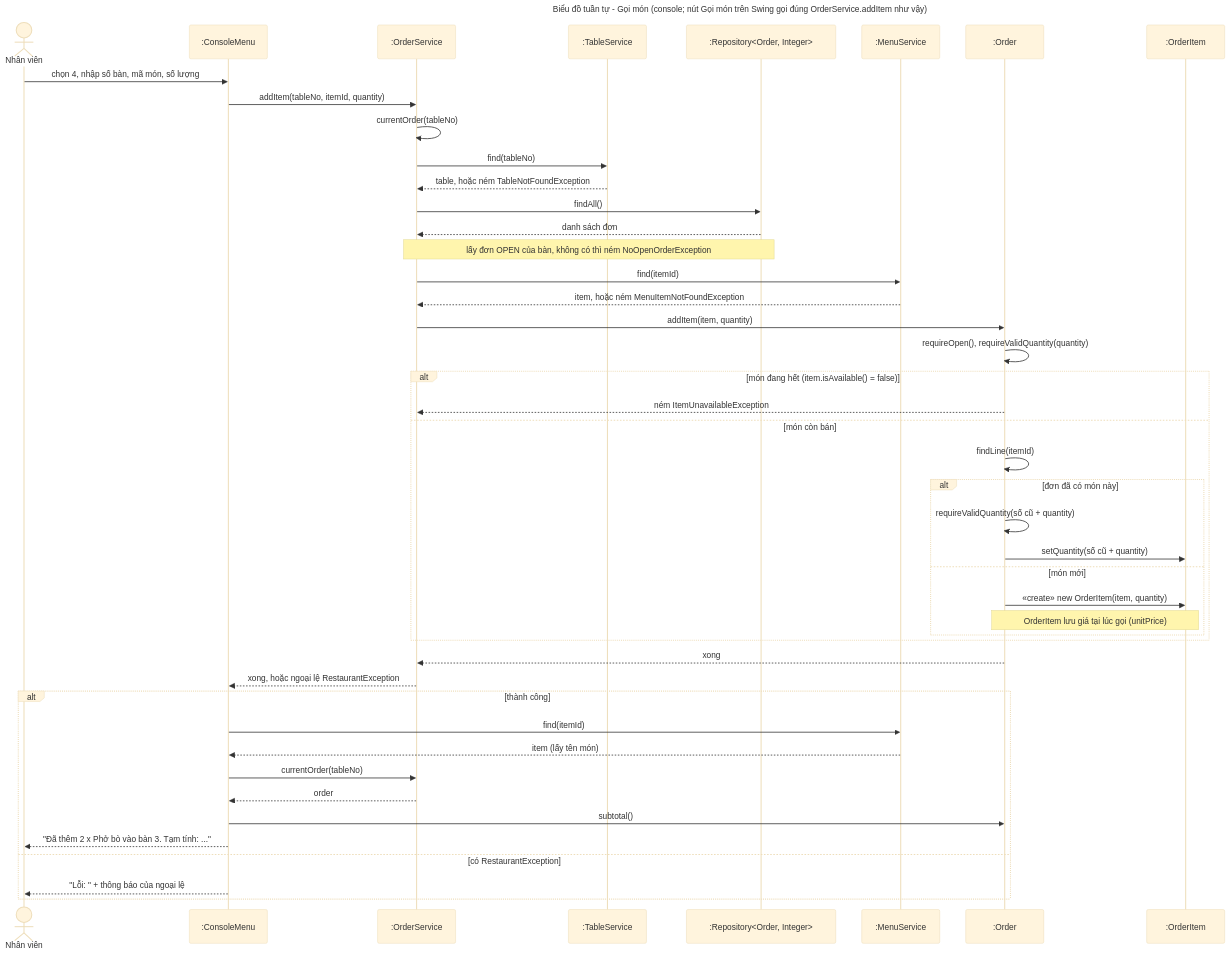
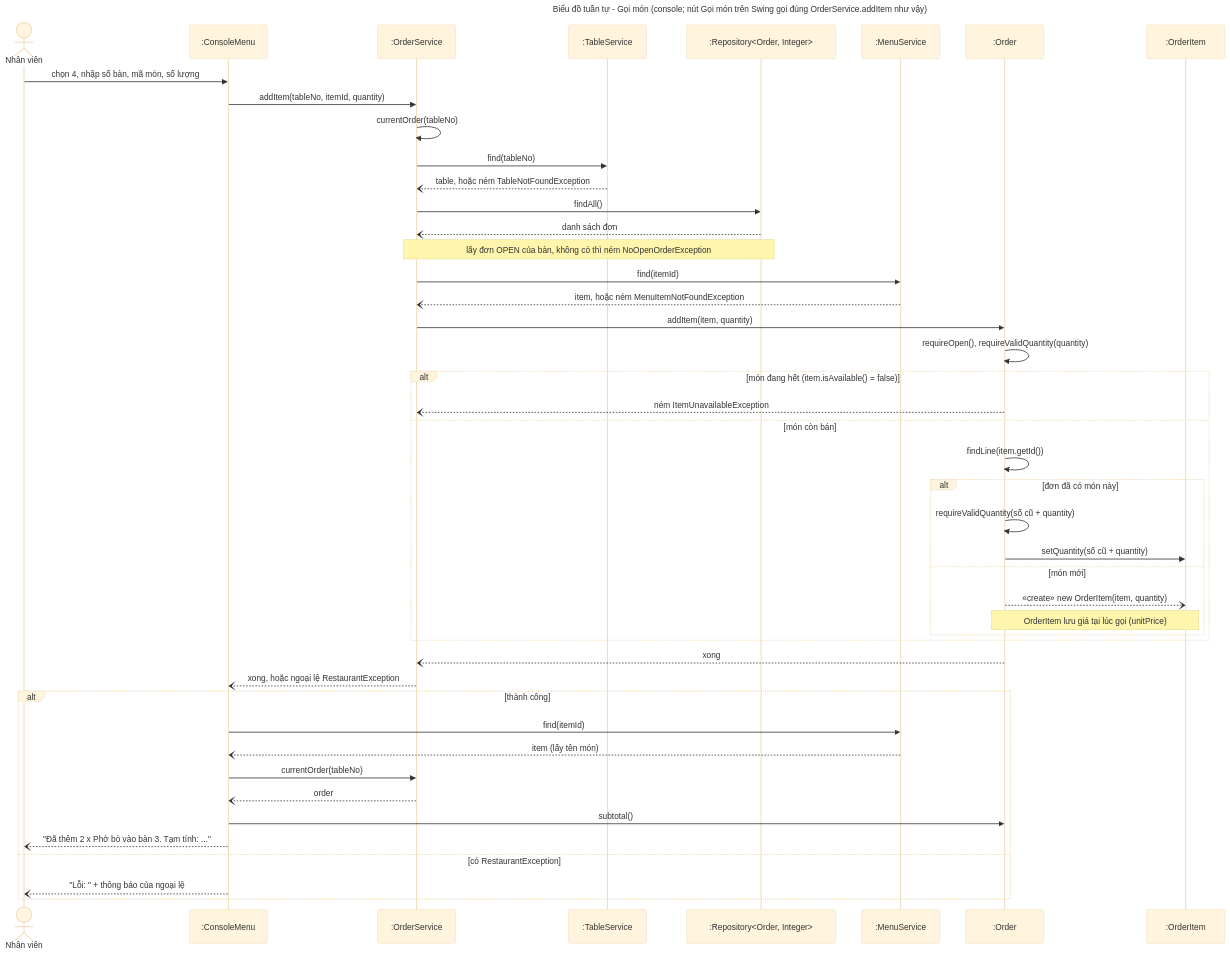
The diagram in docs/uml/5-tuan-tu-goi-mon.mmd (ducanhdhtb06-hub/btl-oop-), drawn with Mermaid (base theme) before and after one commit. The commit also changed 16 other files, not shown here.

First line of the commit message:
docs: soát lỗi UML lần 2 và sửa 7 chỗ

```diff
--- a/docs/uml/5-tuan-tu-goi-mon.mmd
+++ b/docs/uml/5-tuan-tu-goi-mon.mmd
@@ -1,49 +1,49 @@
 ---
 title: Biểu đồ tuần tự - Gọi món (console; nút Gọi món trên Swing gọi đúng OrderService.addItem như vậy)
 ---
 sequenceDiagram
     actor NV as Nhân viên
     participant UI as :ConsoleMenu
     participant OS as :OrderService
     participant TS as :TableService
     participant R as :Repository#lt;Order, Integer#gt;
     participant MS as :MenuService
     participant O as :Order
     participant I as :OrderItem
 
     NV->>UI: chọn 4, nhập số bàn, mã món, số lượng
     UI->>OS: addItem(tableNo, itemId, quantity)
     OS->>OS: currentOrder(tableNo)
     OS->>TS: find(tableNo)
-    TS-->>OS: table, hoặc ném TableNotFoundException
+    TS--)OS: table, hoặc ném TableNotFoundException
     OS->>R: findAll()
-    R-->>OS: danh sách đơn
+    R--)OS: danh sách đơn
     Note over OS,R: lấy đơn OPEN của bàn, không có thì ném NoOpenOrderException
     OS->>MS: find(itemId)
-    MS-->>OS: item, hoặc ném MenuItemNotFoundException
+    MS--)OS: item, hoặc ném MenuItemNotFoundException
     OS->>O: addItem(item, quantity)
     O->>O: requireOpen(), requireValidQuantity(quantity)
     alt món đang hết (item.isAvailable() = false)
-        O-->>OS: ném ItemUnavailableException
+        O--)OS: ném ItemUnavailableException
     else món còn bán
-        O->>O: findLine(itemId)
+        O->>O: findLine(item.getId())
         alt đơn đã có món này
             O->>O: requireValidQuantity(số cũ + quantity)
             O->>I: setQuantity(số cũ + quantity)
         else món mới
-            O->>I: «create» new OrderItem(item, quantity)
+            O--)I: «create» new OrderItem(item, quantity)
             Note over O,I: OrderItem lưu giá tại lúc gọi (unitPrice)
         end
     end
-    O-->>OS: xong
-    OS-->>UI: xong, hoặc ngoại lệ RestaurantException
+    O--)OS: xong
+    OS--)UI: xong, hoặc ngoại lệ RestaurantException
     alt thành công
         UI->>MS: find(itemId)
-        MS-->>UI: item (lấy tên món)
+        MS--)UI: item (lấy tên món)
         UI->>OS: currentOrder(tableNo)
-        OS-->>UI: order
+        OS--)UI: order
         UI->>O: subtotal()
-        UI-->>NV: "Đã thêm 2 x Phở bò vào bàn 3. Tạm tính: ..."
+        UI--)NV: "Đã thêm 2 x Phở bò vào bàn 3. Tạm tính: ..."
     else có RestaurantException
-        UI-->>NV: "Lỗi: " + thông báo của ngoại lệ
+        UI--)NV: "Lỗi: " + thông báo của ngoại lệ
     end
```
